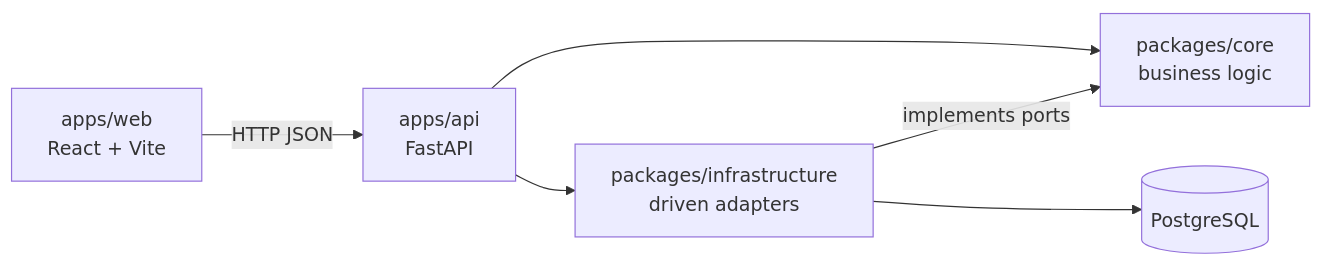
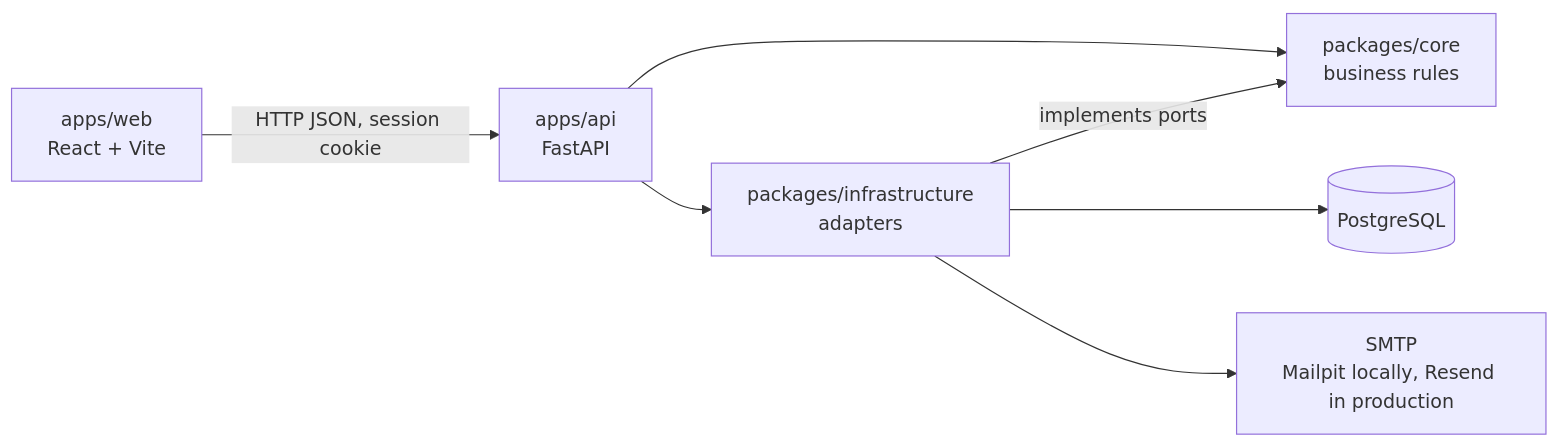
Before and after one commit to brian-rey-development/scibiom: the diagram in docs/technical/ARCHITECTURE.md, drawn with Mermaid. The commit also changed other lines of this file and 104 other files, not shown here.

````diff
--- a/docs/technical/ARCHITECTURE.md
+++ b/docs/technical/ARCHITECTURE.md
@@ -7,8 +7,9 @@
 ```mermaid
 flowchart LR
-    Web["apps/web<br/>React + Vite"] -->|HTTP JSON| Api["apps/api<br/>FastAPI"]
-    Api --> Infra["packages/infrastructure<br/>driven adapters"]
-    Api --> Core["packages/core<br/>business logic"]
+    Web["apps/web<br/>React + Vite"] -->|"HTTP JSON, session cookie"| Api["apps/api<br/>FastAPI"]
+    Api --> Core["packages/core<br/>business rules"]
+    Api --> Infra["packages/infrastructure<br/>adapters"]
     Infra -->|implements ports| Core
     Infra --> Pg[("PostgreSQL")]
+    Infra --> Smtp["SMTP<br/>Mailpit locally, Resend in production"]
 ```
````
